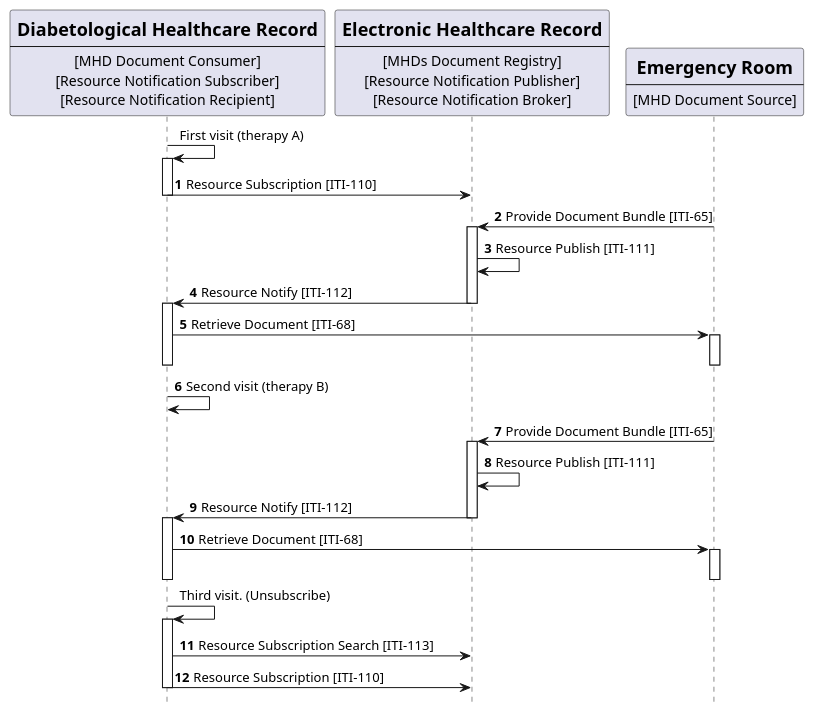
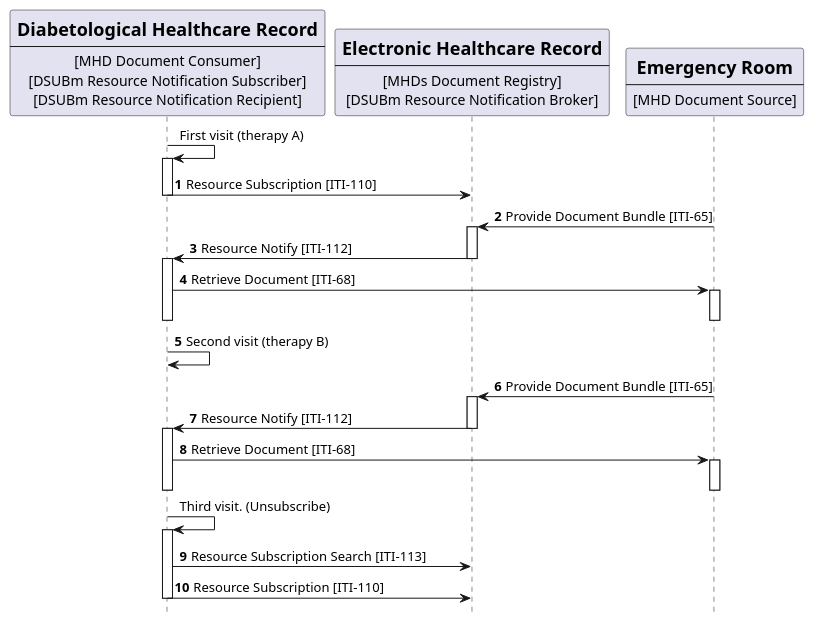
Before and after one commit to IHE/ITI.DSUBm: the diagram in input/images-source/usecase2-processflow.plantuml, drawn with PlantUML. The commit also changed 7 other files, not shown here.

Commit message:
update vol1 uml

```diff
--- a/input/images-source/usecase2-processflow.plantuml
+++ b/input/images-source/usecase2-processflow.plantuml
@@ -1,70 +1,67 @@
 @startuml
 skinparam svgDimensionStyle false
 hide footbox
 /'title "Folder Subscription with DSUBm on MHDs infrastructure" '/
 
 participant DHR [
     = Diabetological Healthcare Record
     ----
     [MHD Document Consumer]
-    [Resource Notification Subscriber]
-    [Resource Notification Recipient]
+    [DSUBm Resource Notification Subscriber]
+    [DSUBm Resource Notification Recipient]
 ] 
 
 
 
 participant Central [
     =Electronic Healthcare Record
     ----
     [MHDs Document Registry]
-    [Resource Notification Publisher]
-    [Resource Notification Broker]
+    [DSUBm Resource Notification Broker]
 ] 
 
 participant ER [
     =Emergency Room
     ----
     [MHD Document Source]
 ] 
 
 
 
 
 DHR -> DHR: First visit (therapy A)
 autonumber "<b>"
 activate DHR
 ' DHR -> Central: Resource SubscriptionTopic Search [ITI-114]
 DHR -> Central: Resource Subscription [ITI-110]
 deactivate DHR
 ER->Central:  Provide Document Bundle [ITI-65]
 activate Central 
-Central -> Central: Resource Publish [ITI-111]
 Central -> DHR: Resource Notify [ITI-112]
 deactivate Central
 activate DHR
 DHR -> ER: Retrieve Document [ITI-68]
 activate ER
 deactivate ER
 deactivate DHR 
 
 DHR -> DHR: Second visit (therapy B)
 ER->Central:  Provide Document Bundle [ITI-65]
 activate Central 
-Central -> Central: Resource Publish [ITI-111]
 Central -> DHR: Resource Notify [ITI-112]
 deactivate Central
 activate DHR
 
 DHR -> ER: Retrieve Document [ITI-68]
 activate ER
 deactivate ER
 deactivate DHR 
 autonumber stop 
 DHR -> DHR: Third visit. (Unsubscribe)
 activate DHR
-autonumber 11 "<b>"
+autonumber 9 "<b>"
 DHR -> Central: Resource Subscription Search [ITI-113]
 DHR -> Central: Resource Subscription [ITI-110]	
 deactivate DHR
 
 @enduml
```
